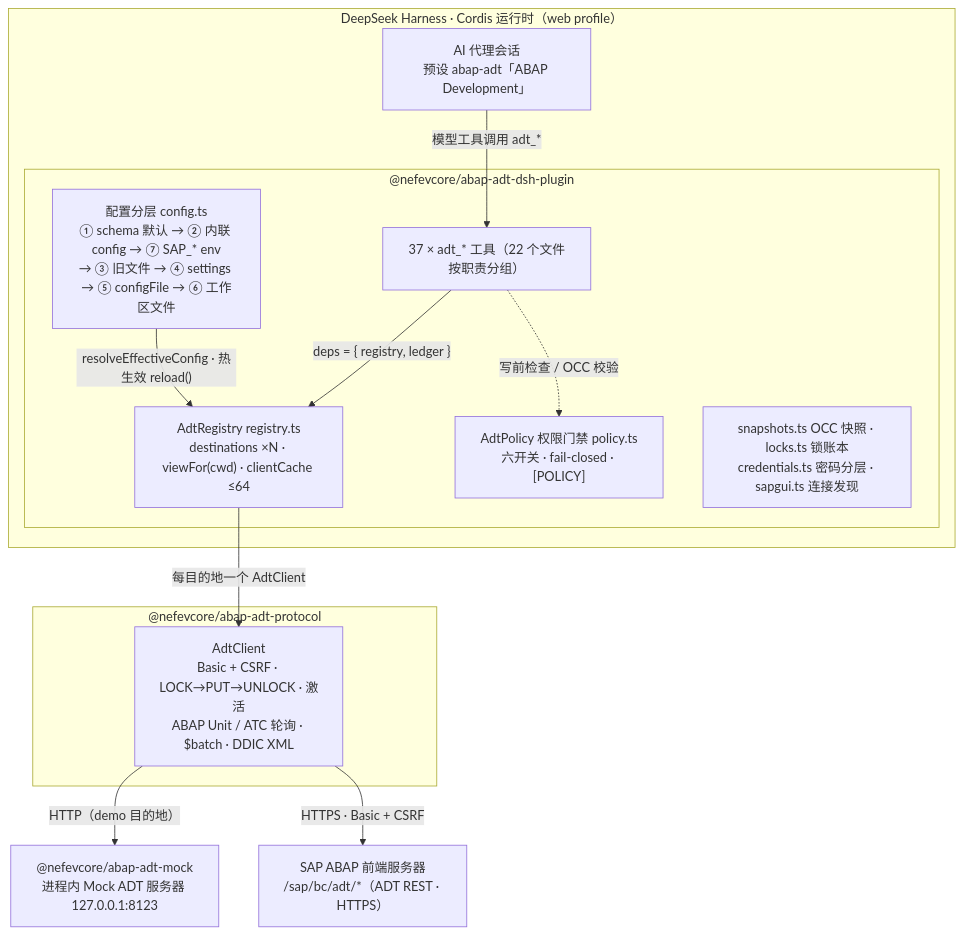
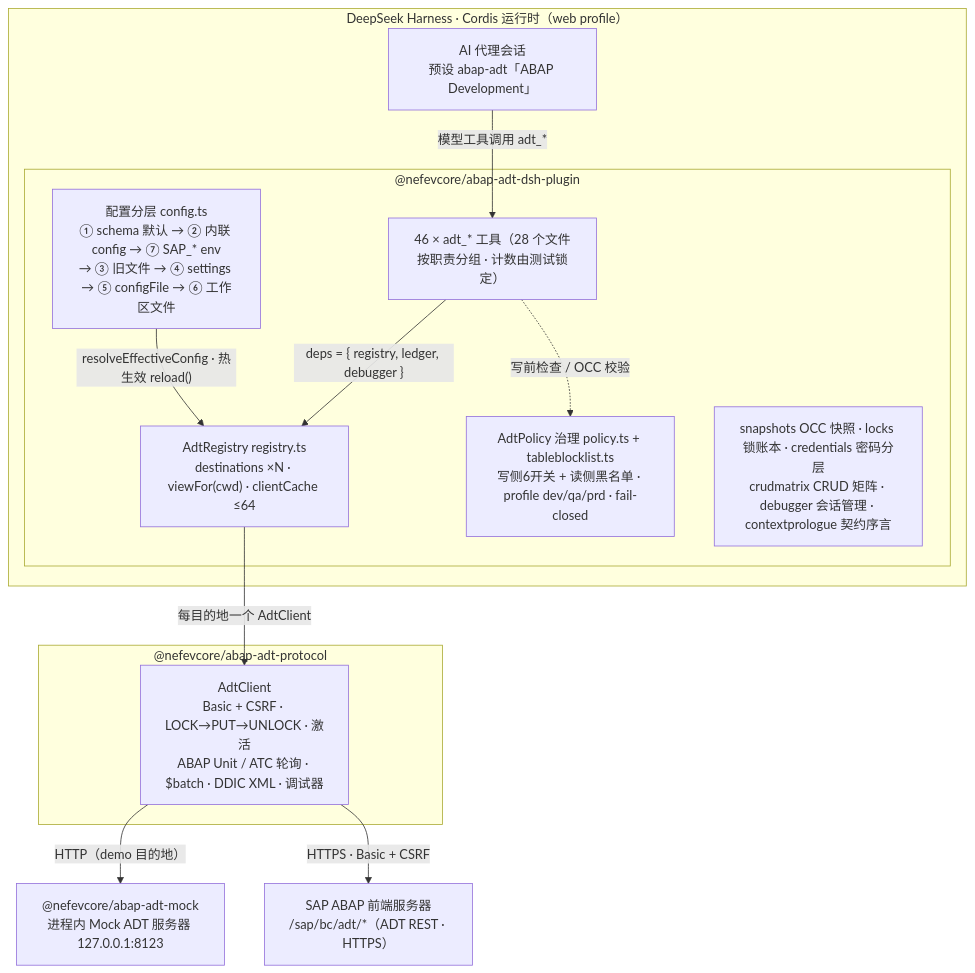
Before and after one commit to nefevcore/dsh-adt: the diagram in docs/architecture.md, drawn with Mermaid. The commit also changed other lines of this file and 260 other files, not shown here.

Commit message:
chore(release): v0.6.0 — governance (read-side blocklist, env profiles) + debugger tools + TABL one-step + textelements/cochange, host-neutral ./agent entry (AgentChat built-in row)

````diff
--- a/docs/architecture.md
+++ b/docs/architecture.md
@@ -7,26 +7,26 @@
 ```mermaid
 flowchart TB
   subgraph DSH["DeepSeek Harness · Cordis 运行时（web profile）"]
     AG["AI 代理会话<br/>预设 abap-adt「ABAP Development」"]
     subgraph PLG["@nefevcore/abap-adt-dsh-plugin"]
       CFG["配置分层 config.ts<br/>① schema 默认 → ② 内联 config → ⑦ SAP_* env<br/>→ ③ 旧文件 → ④ settings → ⑤ configFile → ⑥ 工作区文件"]
       REG["AdtRegistry registry.ts<br/>destinations ×N · viewFor(cwd) · clientCache ≤64"]
-      POL["AdtPolicy 权限门禁 policy.ts<br/>六开关 · fail-closed · [POLICY]"]
-      SNAP["snapshots.ts OCC 快照 · locks.ts 锁账本<br/>credentials.ts 密码分层 · sapgui.ts 连接发现"]
-      TOOLS["37 × adt_* 工具（22 个文件按职责分组）"]
+      POL["AdtPolicy 治理 policy.ts + tableblocklist.ts<br/>写侧6开关 + 读侧黑名单 · profile dev/qa/prd · fail-closed"]
+      SNAP["snapshots OCC 快照 · locks 锁账本 · credentials 密码分层<br/>crudmatrix CRUD 矩阵 · debugger 会话管理 · contextprologue 契约序言"]
+      TOOLS["46 × adt_* 工具（28 个文件按职责分组 · 计数由测试锁定）"]
     end
   end
   subgraph PROTO["@nefevcore/abap-adt-protocol"]
-    AC["AdtClient<br/>Basic + CSRF · LOCK→PUT→UNLOCK · 激活<br/>ABAP Unit / ATC 轮询 · $batch · DDIC XML"]
+    AC["AdtClient<br/>Basic + CSRF · LOCK→PUT→UNLOCK · 激活<br/>ABAP Unit / ATC 轮询 · $batch · DDIC XML · 调试器"]
   end
   MOCK["@nefevcore/abap-adt-mock<br/>进程内 Mock ADT 服务器 127.0.0.1:8123"]
   SAP["SAP ABAP 前端服务器<br/>/sap/bc/adt/*（ADT REST · HTTPS）"]
 
   AG -->|"模型工具调用 adt_*"| TOOLS
   CFG -->|"resolveEffectiveConfig · 热生效 reload()"| REG
-  TOOLS -->|"deps = { registry, ledger }"| REG
+  TOOLS -->|"deps = { registry, ledger, debugger }"| REG
   TOOLS -.->|"写前检查 / OCC 校验"| POL
   REG -->|"每目的地一个 AdtClient"| AC
   AC -->|"HTTP（demo 目的地）"| MOCK
   AC -->|"HTTPS · Basic + CSRF"| SAP
 ```
````
